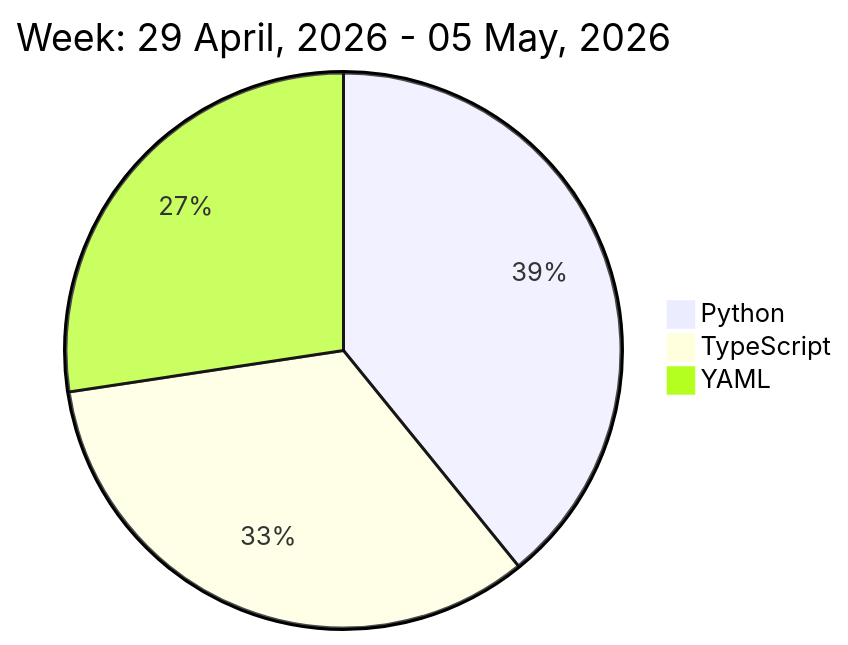
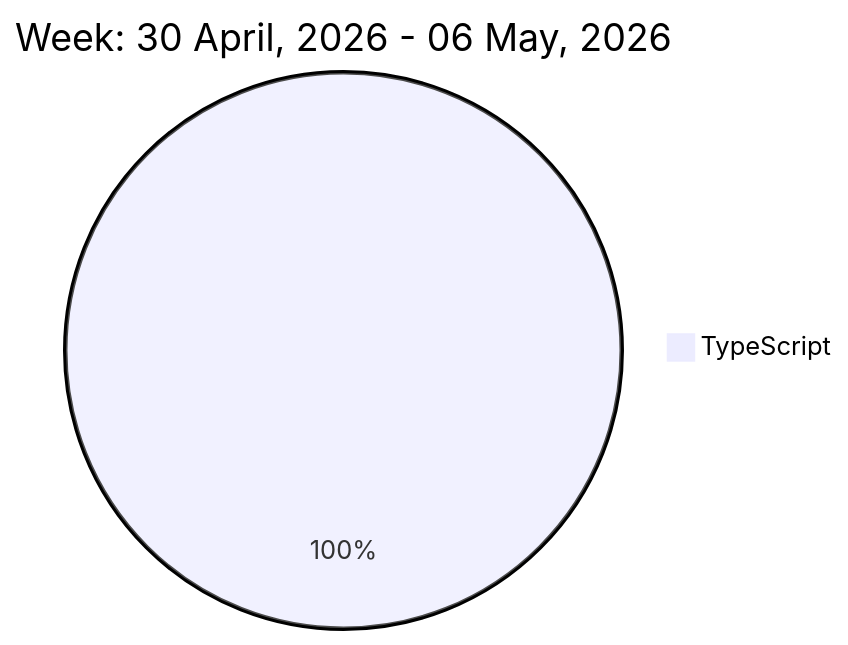
The diagram in README.md (liubin95/liubin95), drawn with Mermaid before and after one commit.

Commit message:
Updated the Graph with new Metrics

````diff
--- a/README.md
+++ b/README.md
@@ -32,7 +32,5 @@
 ```mermaid
  pie
-title Week: 29 April, 2026 - 05 May, 2026
- "Python" : 1.93
- "TypeScript" : 1.65
- "YAML" : 1.35
+title Week: 30 April, 2026 - 06 May, 2026
+ "TypeScript" : 4.08
 ```
````
